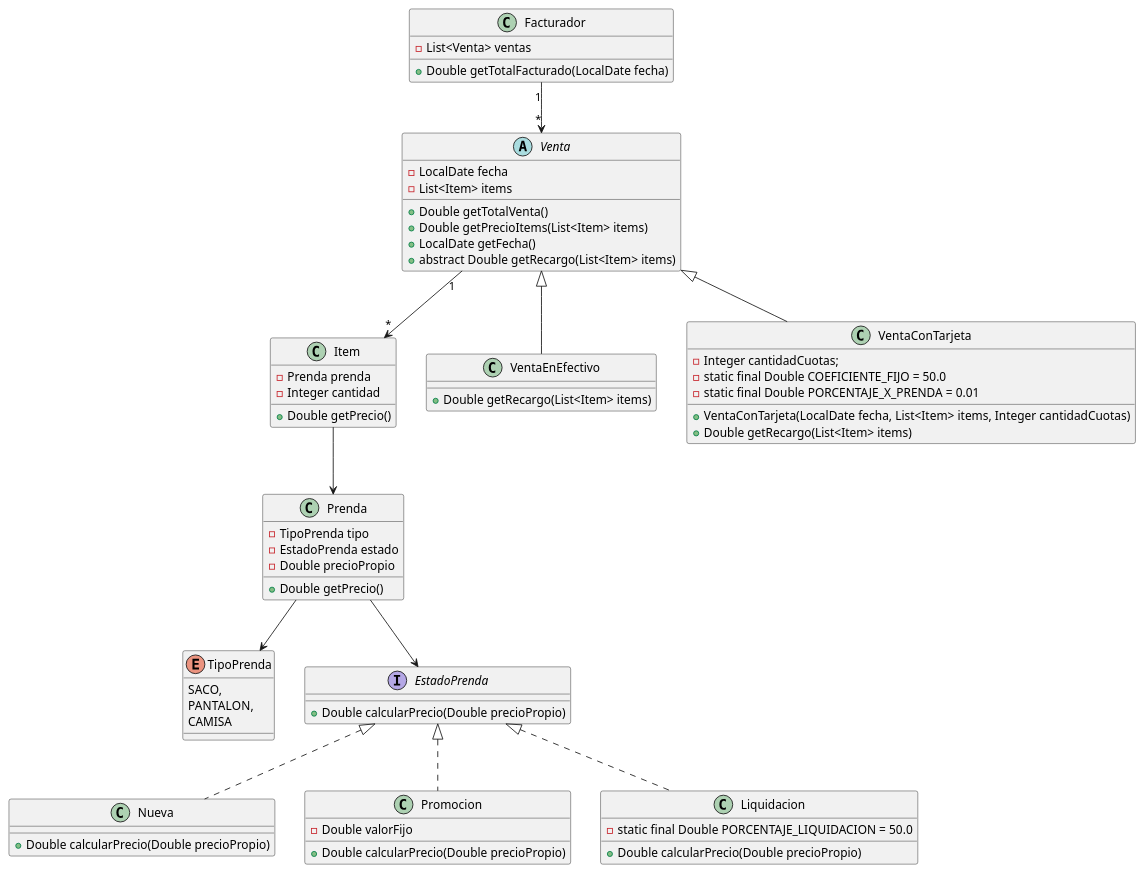
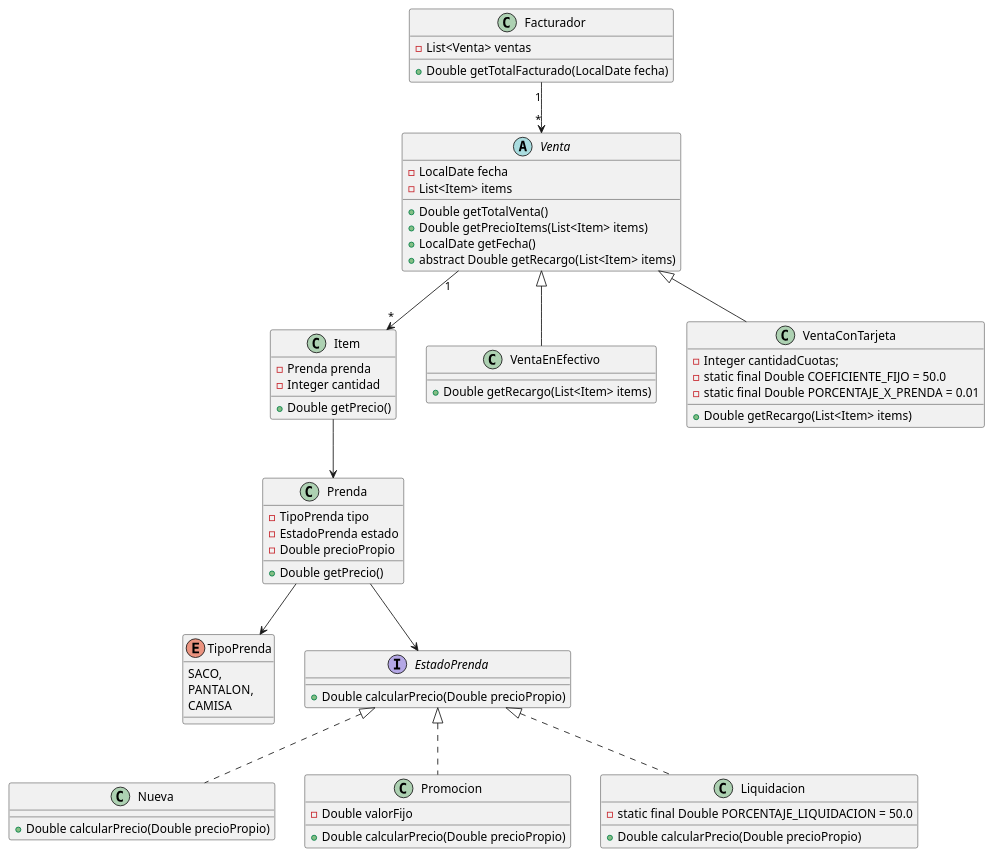
One commit to rubinhoemanuel/macowins changed the diagram in src/main/resources/diagrama_de_clases.puml. Above: the diagram before and after it, drawn with PlantUML. The commit also changed 1 other file, not shown here.

Commit message:
Se corrige diagrama de clases

```diff
--- a/src/main/resources/diagrama_de_clases.puml
+++ b/src/main/resources/diagrama_de_clases.puml
@@ -1,75 +1,74 @@
 @startuml
 
 enum TipoPrenda {
     SACO,
     PANTALON,
     CAMISA
 }
 
 interface EstadoPrenda {
     +Double calcularPrecio(Double precioPropio)
 }
 
 class Nueva implements EstadoPrenda {
     +Double calcularPrecio(Double precioPropio)
 }
 
 class Promocion implements EstadoPrenda {
     -Double valorFijo
     +Double calcularPrecio(Double precioPropio)
 }
 
 class Liquidacion implements EstadoPrenda {
     -static final Double PORCENTAJE_LIQUIDACION = 50.0
     +Double calcularPrecio(Double precioPropio)
 }
 
 class Prenda {
     -TipoPrenda tipo
     -EstadoPrenda estado
     -Double precioPropio
     +Double getPrecio()
 }
 
 Prenda --> TipoPrenda
 Prenda --> EstadoPrenda
 
 abstract class Venta {
     -LocalDate fecha
     -List<Item> items
     +Double getTotalVenta()
     +Double getPrecioItems(List<Item> items)
     +LocalDate getFecha()
     +abstract Double getRecargo(List<Item> items)
 }
 
 Venta "1" --> "*" Item
 
 class Item {
     -Prenda prenda
     -Integer cantidad
     +Double getPrecio()
 }
 
 Item --> Prenda
 
 class VentaEnEfectivo extends Venta {
     +Double getRecargo(List<Item> items)
 }
 
 class VentaConTarjeta extends Venta {
     -Integer cantidadCuotas;
     -static final Double COEFICIENTE_FIJO = 50.0
     -static final Double PORCENTAJE_X_PRENDA = 0.01
-    +VentaConTarjeta(LocalDate fecha, List<Item> items, Integer cantidadCuotas)
     +Double getRecargo(List<Item> items)
 }
 
 class Facturador {
     -List<Venta> ventas
     +Double getTotalFacturado(LocalDate fecha)
 }
 
 Facturador "1" --> "*" Venta
 
 @enduml
```
